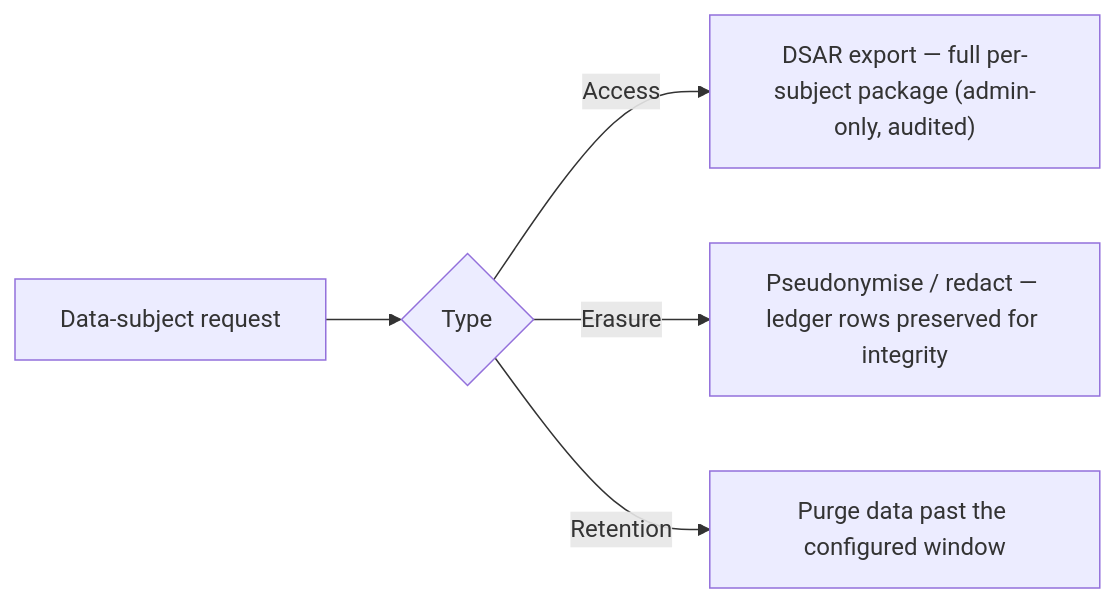
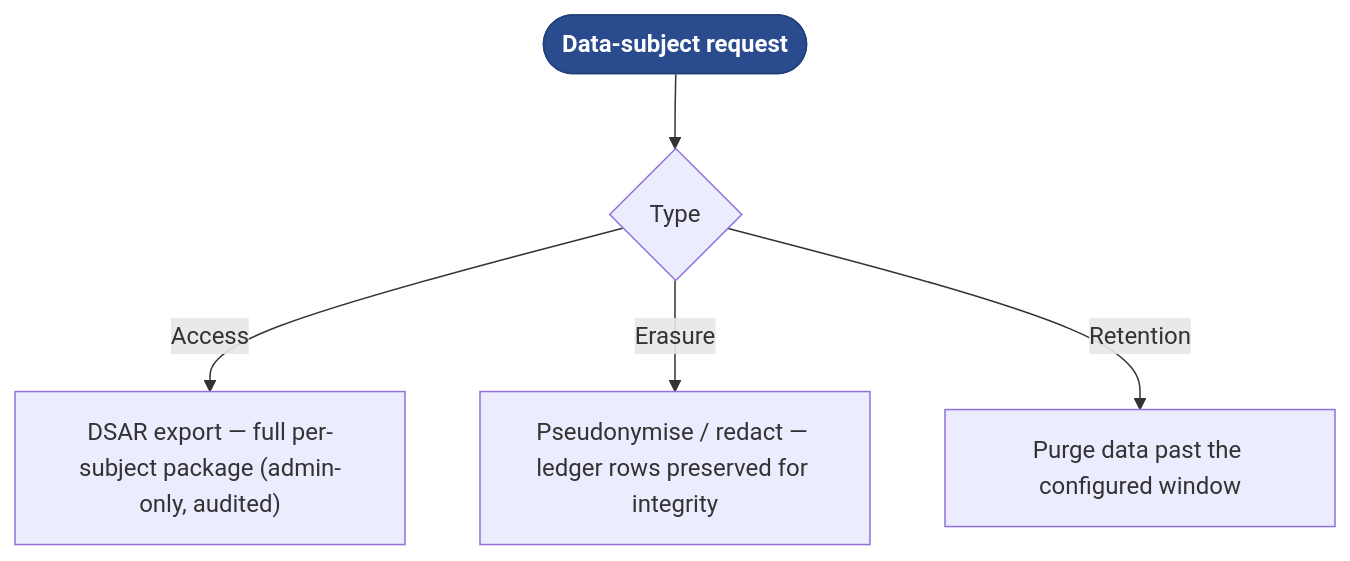
One commit to nicpozent/GovernancePortal_Latest changed diagram 12 of 31 in docs/FUNCTIONAL-FLOWS.md. Above: the diagram before and after it, drawn with Mermaid. The commit also changed other lines of this file and 6 other files, not shown here.

First line of the commit message:
docs: rebuild Functional Flows & SoW to the flow-package template

````diff
--- a/docs/FUNCTIONAL-FLOWS.md
+++ b/docs/FUNCTIONAL-FLOWS.md
@@ -189,7 +307,8 @@
 ```mermaid
-flowchart LR
-  D0["Data-subject request"] --> D1{"Type"}
-  D1 -->|Access| D2["DSAR export — full per-subject package (admin-only, audited)"]
-  D1 -->|Erasure| D3["Pseudonymise / redact — ledger rows preserved for integrity"]
-  D1 -->|Retention| D4["Purge data past the configured window"]
+graph TD
+  DSR(["Data-subject request"]):::start --> T{"Type"}
+  T -- Access --> EXP["DSAR export — full per-subject package (admin-only, audited)"]
+  T -- Erasure --> ERA["Pseudonymise / redact — ledger rows preserved for integrity"]
+  T -- Retention --> PUR["Purge data past the configured window"]
+  classDef start fill:#2a4c8f,stroke:#22407a,color:#ffffff,font-weight:600;
 ```
````
